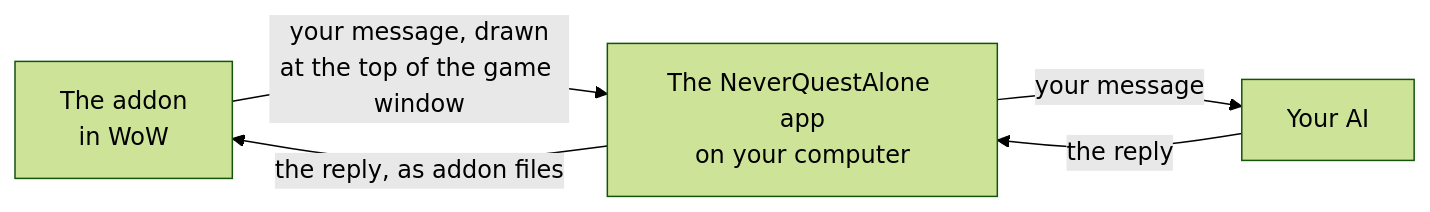
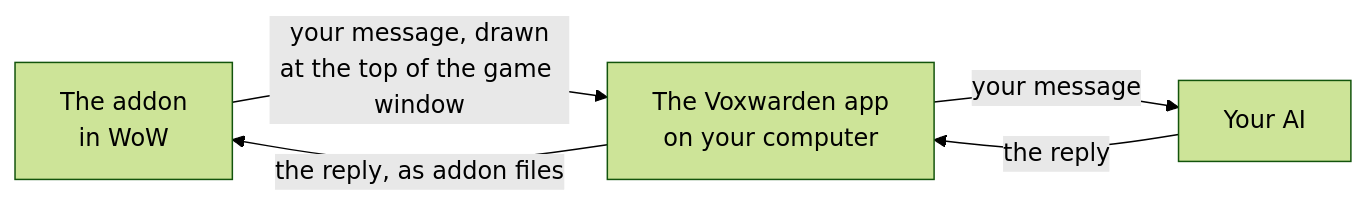
One commit to davrodwconnections/voxwarden changed the diagram in HOW-IT-WORKS.md. Above: the diagram before and after it, drawn with Mermaid (forest theme). The commit also changed other lines of this file and 367 other files, not shown here.

````diff
--- a/HOW-IT-WORKS.md
+++ b/HOW-IT-WORKS.md
@@ -19,7 +19,7 @@
 ```mermaid
 flowchart LR
-  A["The addon<br/>in WoW"] -- "your message, drawn<br/>at the top of the game window" --> B["The NeverQuestAlone app<br/>on your computer"]
+  A["The addon<br/>in WoW"] -- "your message, drawn<br/>at the top of the game window" --> B["The Voxwarden app<br/>on your computer"]
   B -- "your message" --> C["Your AI"]
   C -- "the reply" --> B
   B -- "the reply, as addon files" --> A
 ```
````
